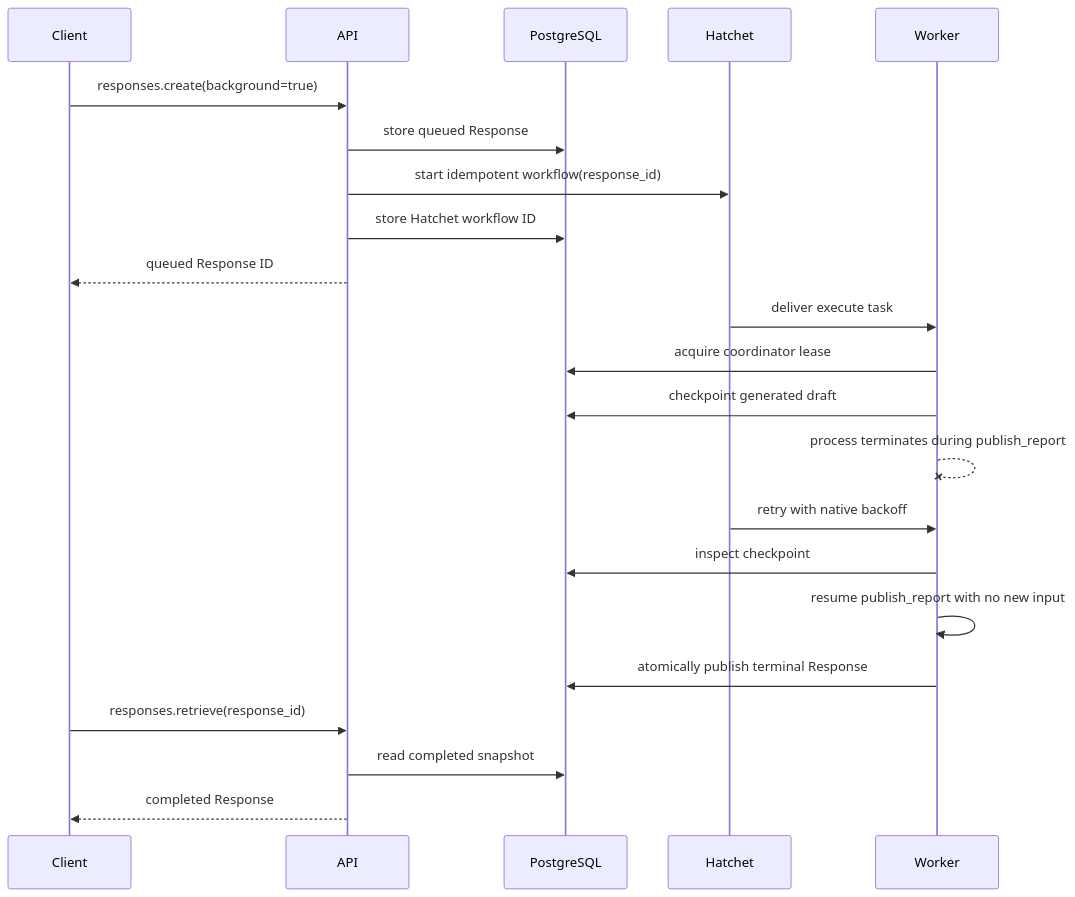
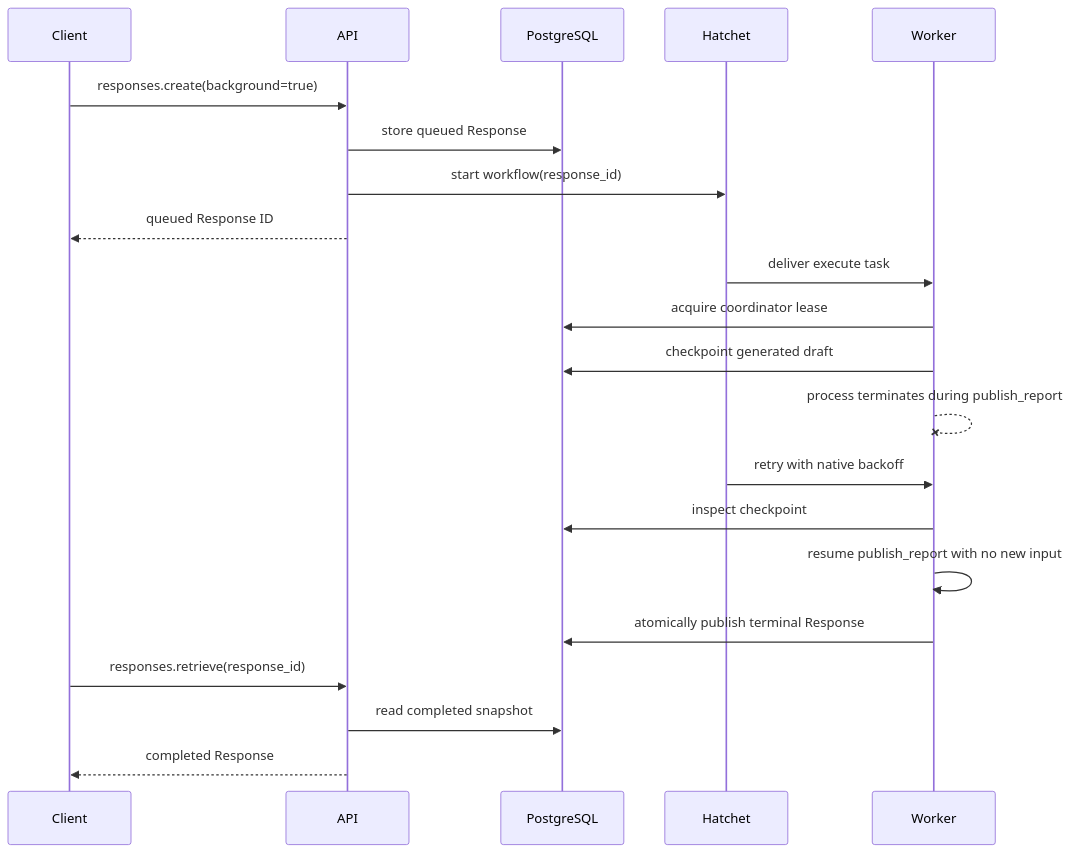
The second of 2 diagrams in docs/demo/graphs/background-report-agent.md (ilkersigirci/langgraph-openai-serve), drawn with Mermaid before and after one commit. The commit also changed other lines of this file and 47 other files, not shown here.

````diff
--- a/docs/demo/graphs/background-report-agent.md
+++ b/docs/demo/graphs/background-report-agent.md
@@ -35,25 +35,24 @@
 ```mermaid
 sequenceDiagram
   participant Client
   participant API
   participant DB as PostgreSQL
   participant Hatchet
   participant Worker
 
   Client->>API: responses.create(background=true)
   API->>DB: store queued Response
-  API->>Hatchet: start idempotent workflow(response_id)
-  API->>DB: store Hatchet workflow ID
+  API->>Hatchet: start workflow(response_id)
   API-->>Client: queued Response ID
   Hatchet->>Worker: deliver execute task
   Worker->>DB: acquire coordinator lease
   Worker->>DB: checkpoint generated draft
   Worker--xWorker: process terminates during publish_report
   Hatchet->>Worker: retry with native backoff
   Worker->>DB: inspect checkpoint
   Worker->>Worker: resume publish_report with no new input
   Worker->>DB: atomically publish terminal Response
   Client->>API: responses.retrieve(response_id)
   API->>DB: read completed snapshot
   API-->>Client: completed Response
 ```
````
